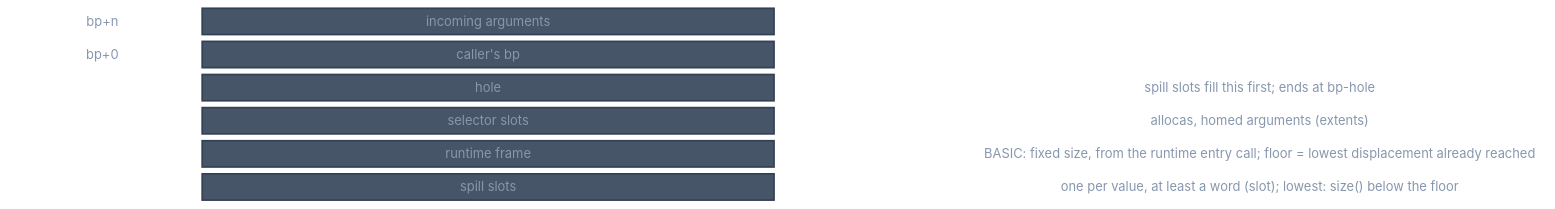
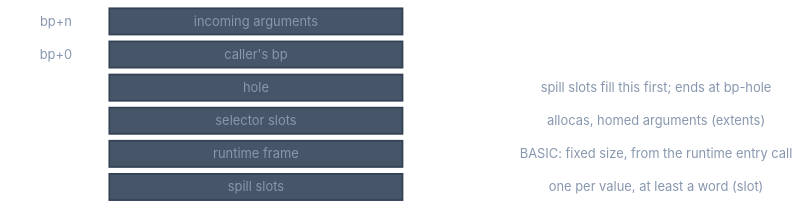
The diagram in docs/optimizations/backend/frame.md (ali-mosavian/llrm), drawn with Mermaid before and after one commit. The commit also changed other lines of this file and 391 other files, not shown here.

Commit message:
docs(headers): purpose, mechanism, figure and a real example in every header; pages regenerated

````diff
--- a/docs/optimizations/backend/frame.md
+++ b/docs/optimizations/backend/frame.md
@@ -14,15 +14,15 @@
 ```mermaid
 %%{init: {'theme':'base','themeVariables':{'fontFamily':'Segoe UI, Helvetica Neue, Arial, DejaVu Sans, sans-serif','fontSize':'15px','primaryColor':'#475569','primaryTextColor':'#ffffff','primaryBorderColor':'#334155','lineColor':'#64748b','textColor':'#64748b'}}}%%
 block-beta
   columns 8
   o1["bp+n"] c1["incoming arguments"]:3 s1[" "] n1[" "]:3
   o2["bp+0"] c2["caller's bp"]:3 s2[" "] n2[" "]:3
   o3[" "] c3["hole"]:3 s3[" "] n3["spill slots fill this first#59; ends at bp-hole"]:3
   o4[" "] c4["selector slots"]:3 s4[" "] n4["allocas, homed arguments (extents)"]:3
-  o5[" "] c5["runtime frame"]:3 s5[" "] n5["BASIC: fixed size, from the runtime entry call#59; floor = lowest displacement already reached"]:3
-  o6[" "] c6["spill slots"]:3 s6[" "] n6["one per value, at least a word (slot)#59; lowest: size() below the floor"]:3
+  o5[" "] c5["runtime frame"]:3 s5[" "] n5["BASIC: fixed size, from the runtime entry call"]:3
+  o6[" "] c6["spill slots"]:3 s6[" "] n6["one per value, at least a word (slot)"]:3
   classDef off fill:transparent,stroke:transparent,stroke-width:2px,color:#64748b
   classDef cell fill:#475569,stroke:#334155,stroke-width:2px,color:#ffffff
   class o1,n1,s1,o2,n2,s2,o3,n3,s3,o4,n4,s4,o5,n5,s5,o6,n6,s6 off
   class c1,c2,c3,c4,c5,c6 cell
 ```
````
